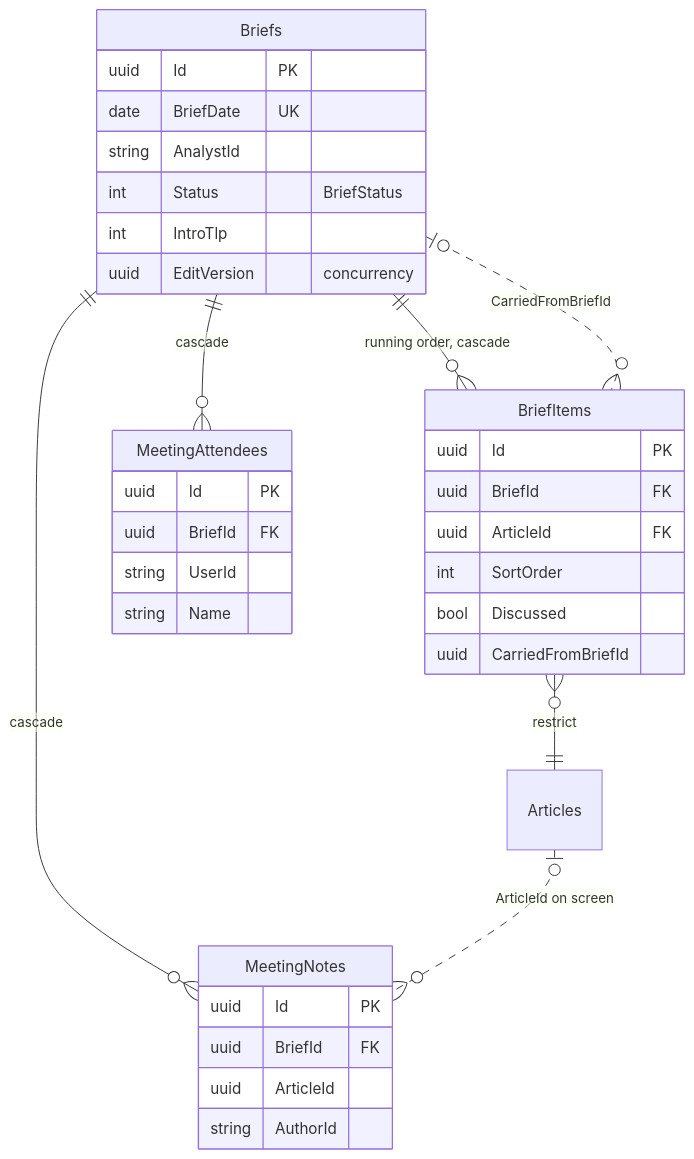
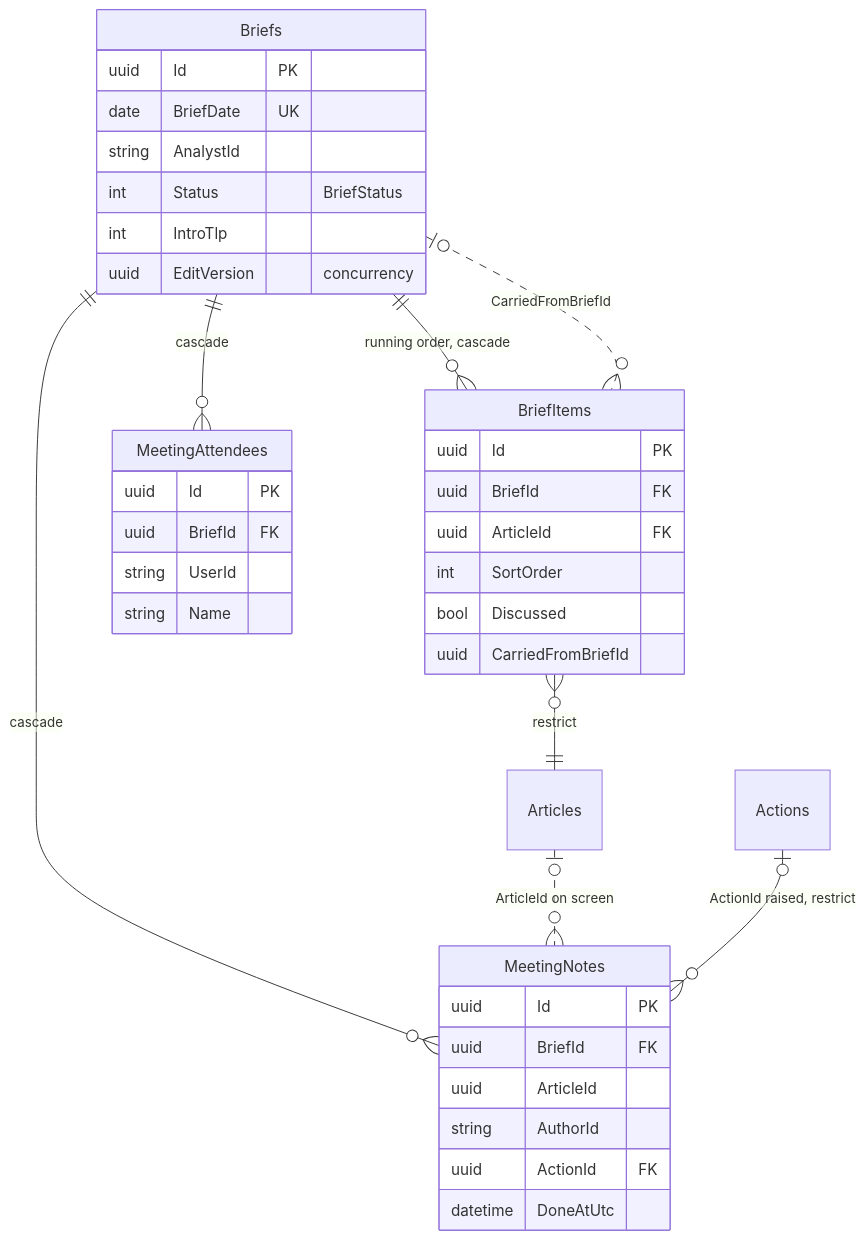
Before and after one commit to jashley92/Tide: the fourth of 12 diagrams in docs/architecture/data-model.md, drawn with Mermaid. The commit also changed other lines of this file and 29 other files, not shown here.

First line of the commit message:
Meeting notes can be raised as actions or marked done, and an ended meeting shows a recap

````diff
--- a/docs/architecture/data-model.md
+++ b/docs/architecture/data-model.md
@@ -225,38 +225,41 @@
 ```mermaid
 erDiagram
     Briefs ||--o{ BriefItems : "running order, cascade"
     BriefItems }o--|| Articles : "restrict"
     Briefs |o..o{ BriefItems : "CarriedFromBriefId"
     Briefs ||--o{ MeetingAttendees : "cascade"
     Briefs ||--o{ MeetingNotes : "cascade"
     Articles |o..o{ MeetingNotes : "ArticleId on screen"
+    Actions |o--o{ MeetingNotes : "ActionId raised, restrict"
 
     Briefs {
         uuid Id PK
         date BriefDate UK
         string AnalystId
         int Status "BriefStatus"
         int IntroTlp
         uuid EditVersion "concurrency"
     }
     BriefItems {
         uuid Id PK
         uuid BriefId FK
         uuid ArticleId FK
         int SortOrder
         bool Discussed
         uuid CarriedFromBriefId
     }
     MeetingAttendees {
         uuid Id PK
         uuid BriefId FK
         string UserId
         string Name
     }
     MeetingNotes {
         uuid Id PK
         uuid BriefId FK
         uuid ArticleId
         string AuthorId
+        uuid ActionId FK
+        datetime DoneAtUtc
     }
 ```
````
